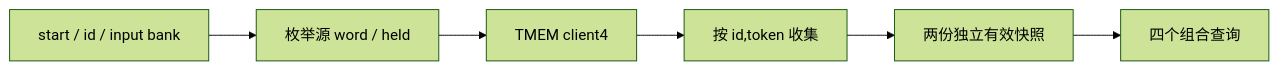
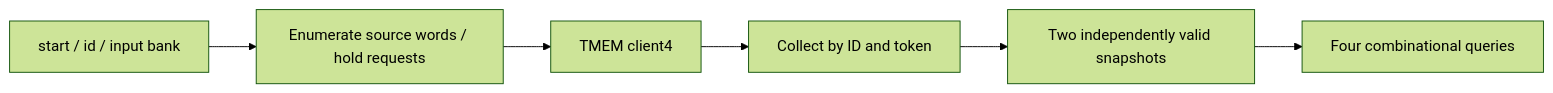
Before and after one commit to yuhin777/Allegro: the diagram in doc/rtl_specs/tensor_core/blackwell_tc_scale_b_snapshot.md, drawn with Mermaid (forest theme). The commit also changed other lines of this file and 45 other files, not shown here.

````diff
--- a/doc/rtl_specs/tensor_core/blackwell_tc_scale_b_snapshot.md
+++ b/doc/rtl_specs/tensor_core/blackwell_tc_scale_b_snapshot.md
@@ -17,6 +17,6 @@
 ```mermaid
 flowchart LR
- S[start / id / input bank] --> F[枚举源 word / held]
- F --> M[TMEM client4] --> G[按 id,token 收集]
- G --> B[两份独立有效快照] --> V[四个组合查询]
+ S[start / id / input bank] --> F["Enumerate source words / hold requests"]
+ F --> M[TMEM client4] --> G["Collect by ID and token"]
+ G --> B["Two independently valid snapshots"] --> V["Four combinational queries"]
 ```
````
